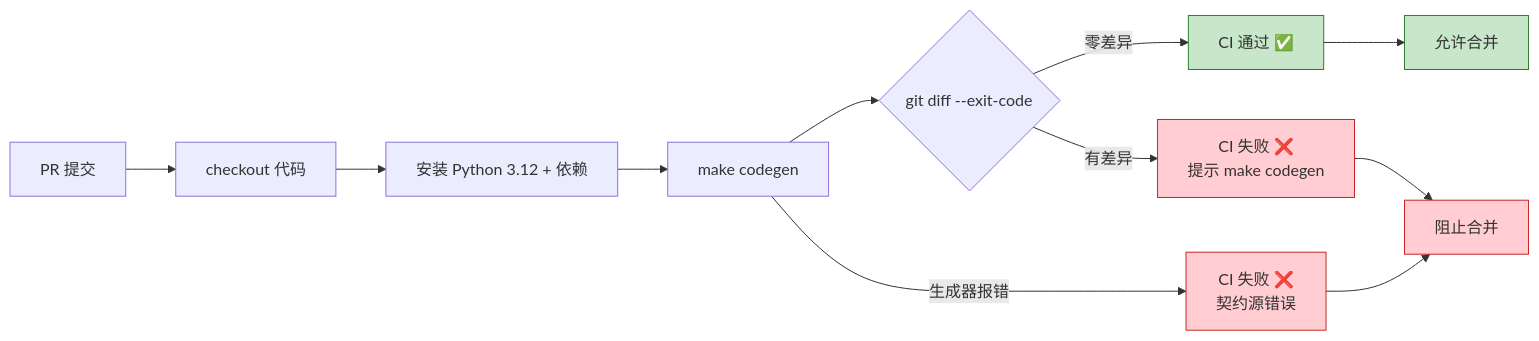
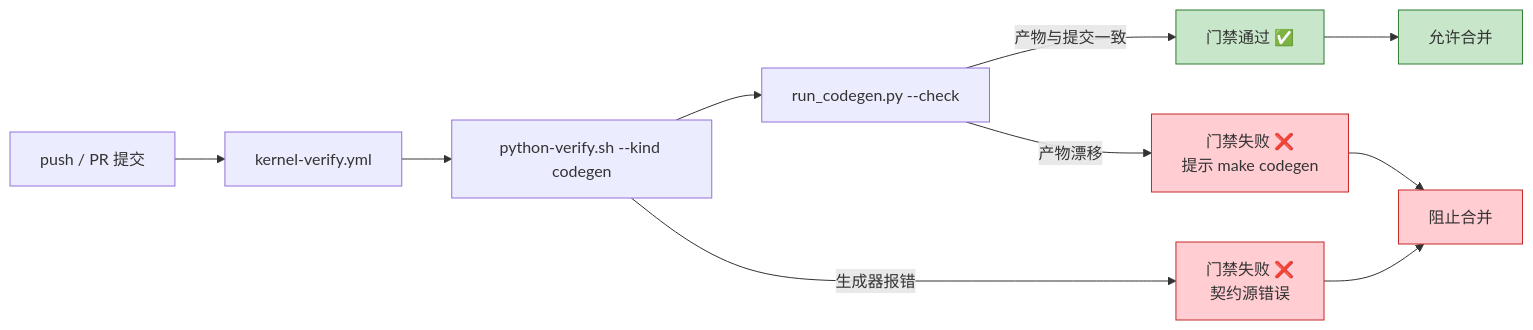
One commit to openairymax/docs-linux changed the second of 2 diagrams in 30-interfaces/06-codegen-pipeline.md. Above: the diagram before and after it, drawn with Mermaid. The commit also changed other lines of this file and 28 other files, not shown here.

Commit message:
ci: replace the phantom contract workflow with the real gates Twenty-six documents still described a "[SC] contract gate" workflow that performs a byte-for-byte diff between the agentrt and agent-linux copies of the twelve shared headers. That workflow was dropped before

````diff
--- a/30-interfaces/06-codegen-pipeline.md
+++ b/30-interfaces/06-codegen-pipeline.md
@@ -746,19 +705,18 @@
 ```mermaid
 graph LR
-    PR[PR 提交] --> CHECKOUT[checkout 代码]
-    CHECKOUT --> INSTALL[安装 Python 3.12 + 依赖]
-    INSTALL --> RUN[make codegen]
-    RUN --> DIFF{git diff --exit-code}
-    DIFF -->|零差异| PASS[CI 通过 ✅]
-    DIFF -->|有差异| FAIL1[CI 失败 ❌<br/>提示 make codegen]
-    RUN -->|生成器报错| FAIL2[CI 失败 ❌<br/>契约源错误]
+    PR[push / PR 提交] --> GATE[kernel-verify.yml]
+    GATE --> RUN[python-verify.sh --kind codegen]
+    RUN --> CHECK[run_codegen.py --check]
+    CHECK -->|产物与提交一致| PASS[门禁通过 ✅]
+    CHECK -->|产物漂移| FAIL1[门禁失败 ❌<br/>提示 make codegen]
+    RUN -->|生成器报错| FAIL2[门禁失败 ❌<br/>契约源错误]
     PASS --> MERGE[允许合并]
     FAIL1 --> BLOCK[阻止合并]
     FAIL2 --> BLOCK
 
     style PASS fill:#c8e6c9,stroke:#2e7d32
     style FAIL1 fill:#ffcdd2,stroke:#c62828
     style FAIL2 fill:#ffcdd2,stroke:#c62828
     style MERGE fill:#c8e6c9,stroke:#2e7d32
     style BLOCK fill:#ffcdd2,stroke:#c62828
 ```
````
